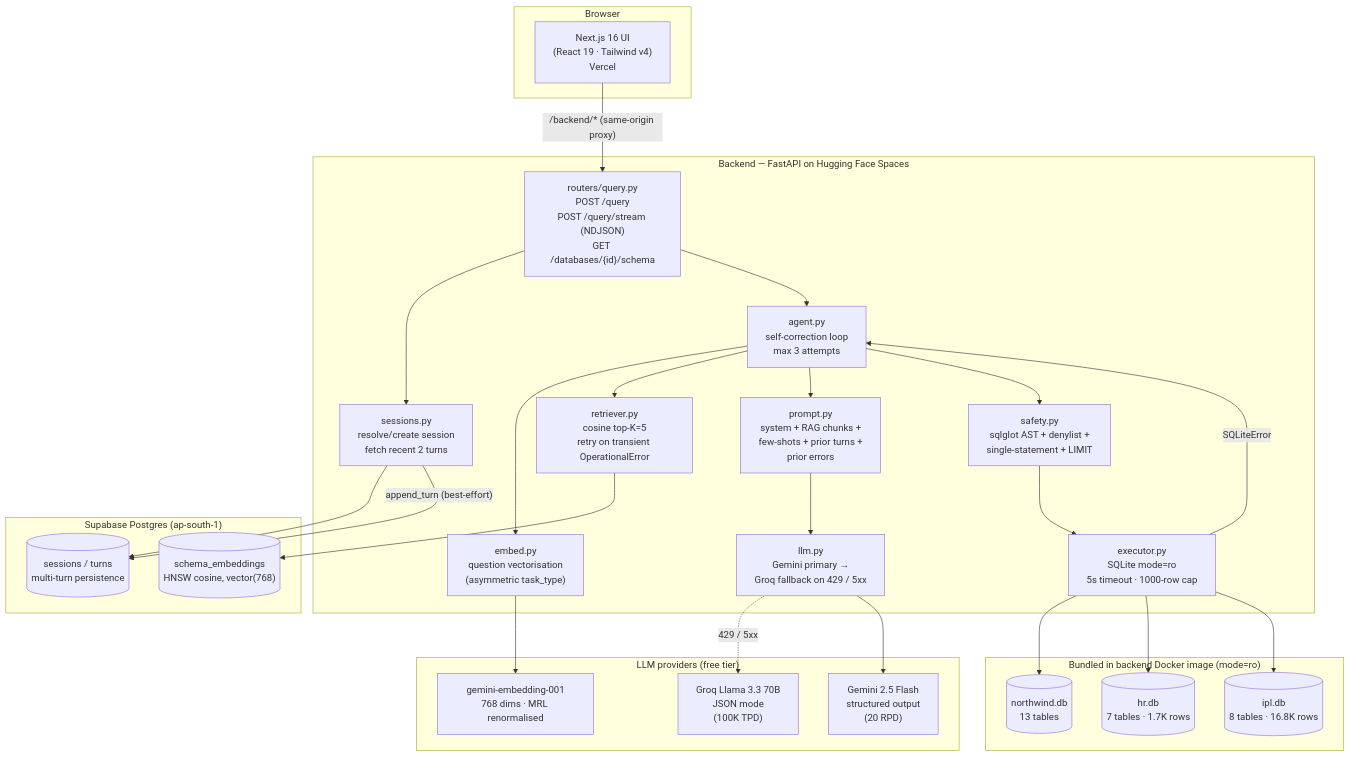
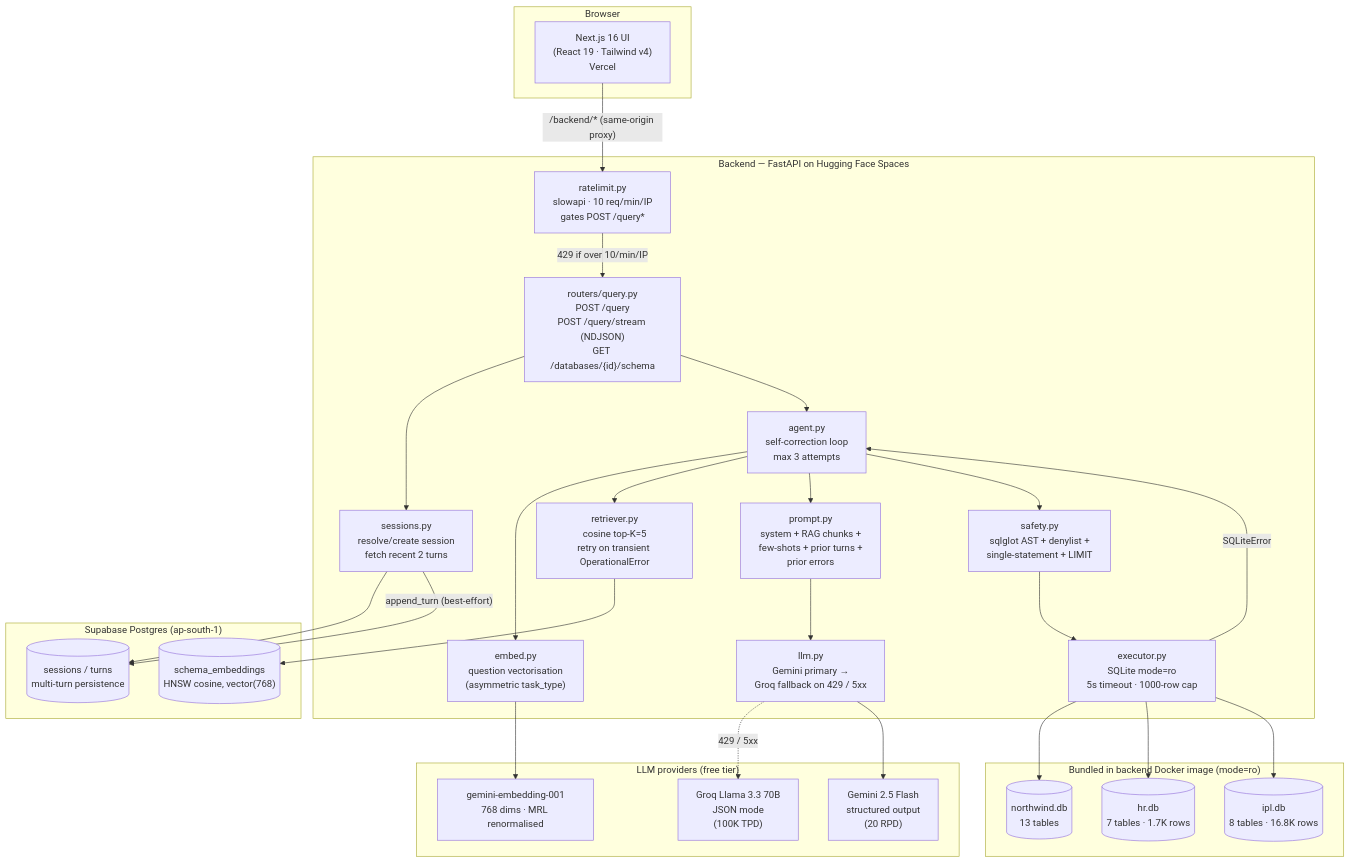
The first of 2 diagrams in docs/architecture.md (AryamannSingh7/querymancer), drawn with Mermaid before and after one commit. The commit also changed other lines of this file and 17 other files, not shown here.

````diff
--- a/docs/architecture.md
+++ b/docs/architecture.md
@@ -9,55 +9,57 @@
 ```mermaid
 flowchart TB
     subgraph BROWSER["Browser"]
         UI["Next.js 16 UI<br/>(React 19 · Tailwind v4)<br/>Vercel"]
     end
 
     subgraph BE["Backend — FastAPI on Hugging Face Spaces"]
+        RL["ratelimit.py<br/>slowapi · 10 req/min/IP<br/>gates POST /query*"]
         API["routers/query.py<br/>POST /query<br/>POST /query/stream (NDJSON)<br/>GET /databases/{id}/schema"]
         SESS["sessions.py<br/>resolve/create session<br/>fetch recent 2 turns"]
         PROMPT["prompt.py<br/>system + RAG chunks +<br/>few-shots + prior turns +<br/>prior errors"]
         AGENT["agent.py<br/>self-correction loop<br/>max 3 attempts"]
         LLM["llm.py<br/>Gemini primary →<br/>Groq fallback on 429 / 5xx"]
         SAFE["safety.py<br/>sqlglot AST + denylist +<br/>single-statement + LIMIT"]
         EXEC["executor.py<br/>SQLite mode=ro<br/>5s timeout · 1000-row cap"]
         EMB["embed.py<br/>question vectorisation<br/>(asymmetric task_type)"]
         RETR["retriever.py<br/>cosine top-K=5<br/>retry on transient OperationalError"]
     end
 
     subgraph LLMS["LLM providers (free tier)"]
         GEM["Gemini 2.5 Flash<br/>structured output<br/>(20 RPD)"]
         GEM_EMB["gemini-embedding-001<br/>768 dims · MRL renormalised"]
         GROQ["Groq Llama 3.3 70B<br/>JSON mode<br/>(100K TPD)"]
     end
 
     subgraph SUPA["Supabase Postgres (ap-south-1)"]
         EMBT[("schema_embeddings<br/>HNSW cosine, vector(768)")]
         SESST[("sessions / turns<br/>multi-turn persistence")]
     end
 
     subgraph BUNDLED["Bundled in backend Docker image (mode=ro)"]
         DB1[("northwind.db<br/>13 tables")]
         DB2[("hr.db<br/>7 tables · 1.7K rows")]
         DB3[("ipl.db<br/>8 tables · 16.8K rows")]
     end
 
-    UI -- "/backend/* (same-origin proxy)" --> API
+    UI -- "/backend/* (same-origin proxy)" --> RL
+    RL -- "429 if over 10/min/IP" --> API
     API --> SESS
     SESS --> SESST
     API --> AGENT
     AGENT --> EMB
     EMB --> GEM_EMB
     AGENT --> RETR
     RETR --> EMBT
     AGENT --> PROMPT
     PROMPT --> LLM
     LLM -. "429 / 5xx" .-> GROQ
     LLM --> GEM
     AGENT --> SAFE
     SAFE --> EXEC
     EXEC --> DB1
     EXEC --> DB2
     EXEC --> DB3
     EXEC -- "SQLiteError" --> AGENT
     SESS -- "append_turn (best-effort)" --> SESST
 ```
````
